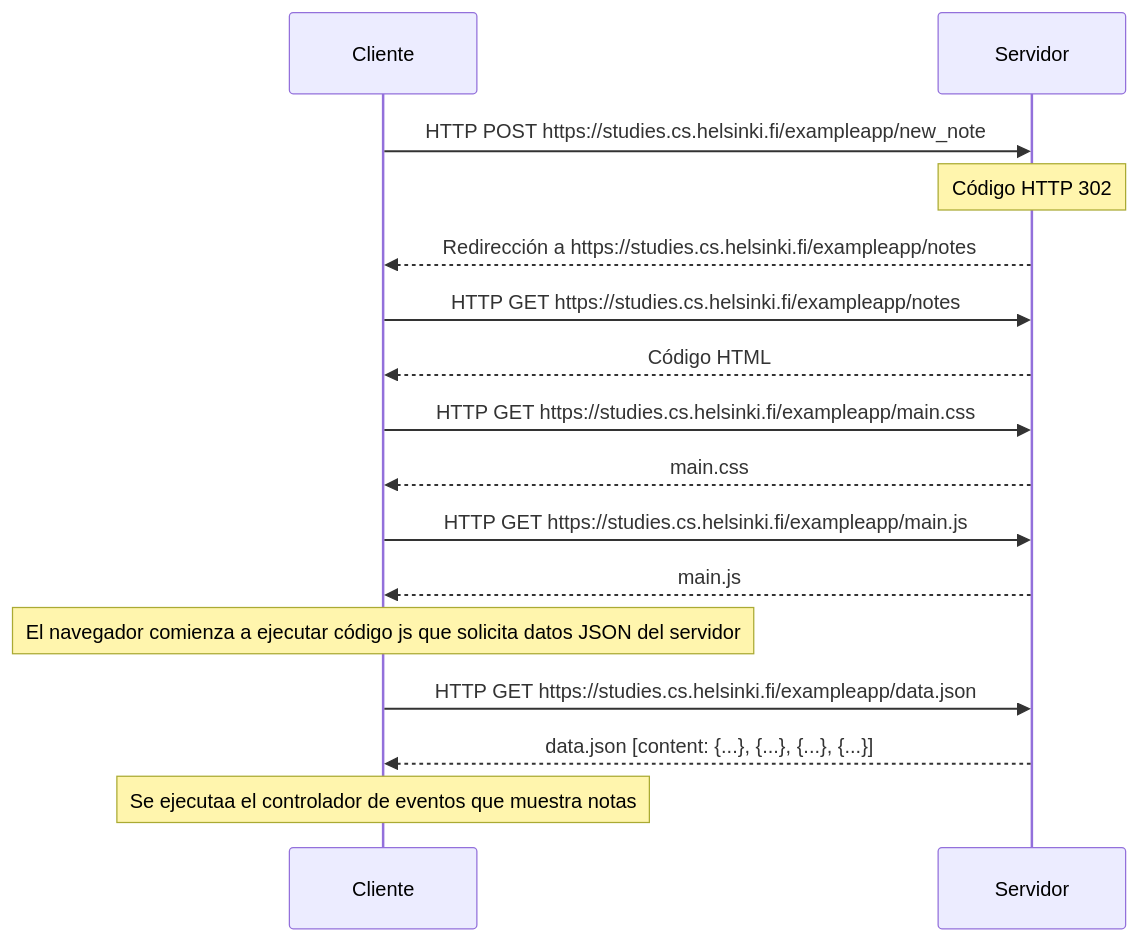
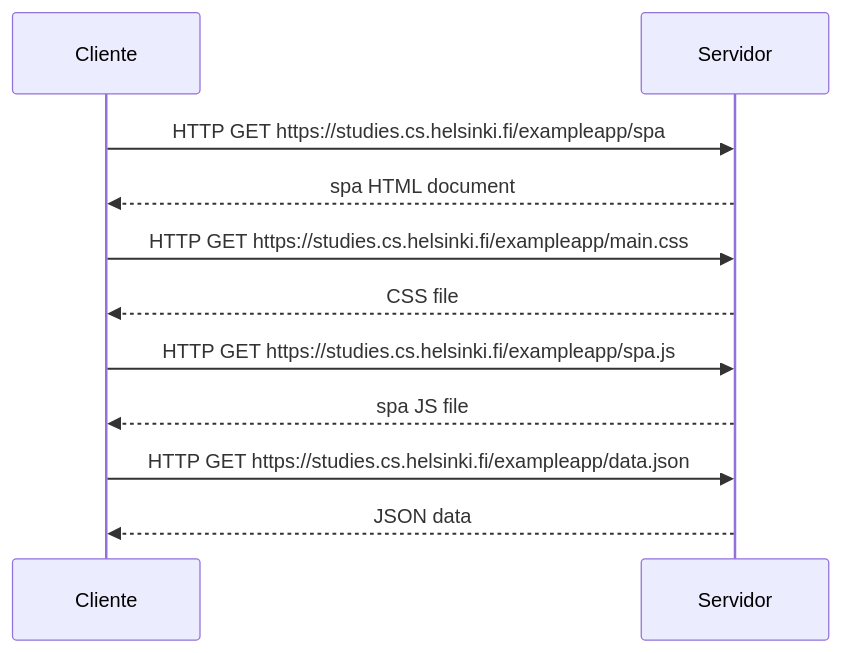
Before and after one commit to SebastianPera/Fullstackopen: the diagram in part0/0.5: Diagrama de aplicación de una sola página.mmd, drawn with Mermaid.

Commit message:
Update 0.5: Diagrama de aplicación de una sola página.mmd

```diff
--- a/part0/0.5: Diagrama de aplicación de una sola página.mmd
+++ b/part0/0.5: Diagrama de aplicación de una sola página.mmd
@@ -1,24 +1,15 @@
 sequenceDiagram
     participant Cliente
     participant Servidor
 
-    Cliente->>Servidor: HTTP POST https://studies.cs.helsinki.fi/exampleapp/new_note
-     Note over Servidor: Código HTTP 302
-    Servidor-->>Cliente: Redirección a https://studies.cs.helsinki.fi/exampleapp/notes
+    Cliente->>Servidor: HTTP GET https://studies.cs.helsinki.fi/exampleapp/spa
+    Servidor-->>Cliente: spa HTML document
    
+    Cliente->>Servidor: HTTP GET https://studies.cs.helsinki.fi/exampleapp/main.css
+    Servidor-->>Cliente: CSS file
 
-    Cliente->>Servidor: HTTP GET https://studies.cs.helsinki.fi/exampleapp/notes
-    Servidor-->>Cliente: Código HTML
-
-    Cliente->>Servidor: HTTP GET https://studies.cs.helsinki.fi/exampleapp/main.css
-    Servidor-->>Cliente: main.css
-
-    Cliente->>Servidor: HTTP GET https://studies.cs.helsinki.fi/exampleapp/main.js
-    Servidor-->>Cliente: main.js
-
-    Note over Cliente: El navegador comienza a ejecutar código js que solicita datos JSON del servidor
+    Cliente->>Servidor: HTTP GET https://studies.cs.helsinki.fi/exampleapp/spa.js
+    Servidor-->>Cliente: spa JS file
 
     Cliente->>Servidor: HTTP GET https://studies.cs.helsinki.fi/exampleapp/data.json
-    Servidor-->>Cliente: data.json [content: {...}, {...}, {...}, {...}]
-
-    Note over Cliente: Se ejecutaa el controlador de eventos que muestra notas
+    Servidor-->>Cliente: JSON data
```
